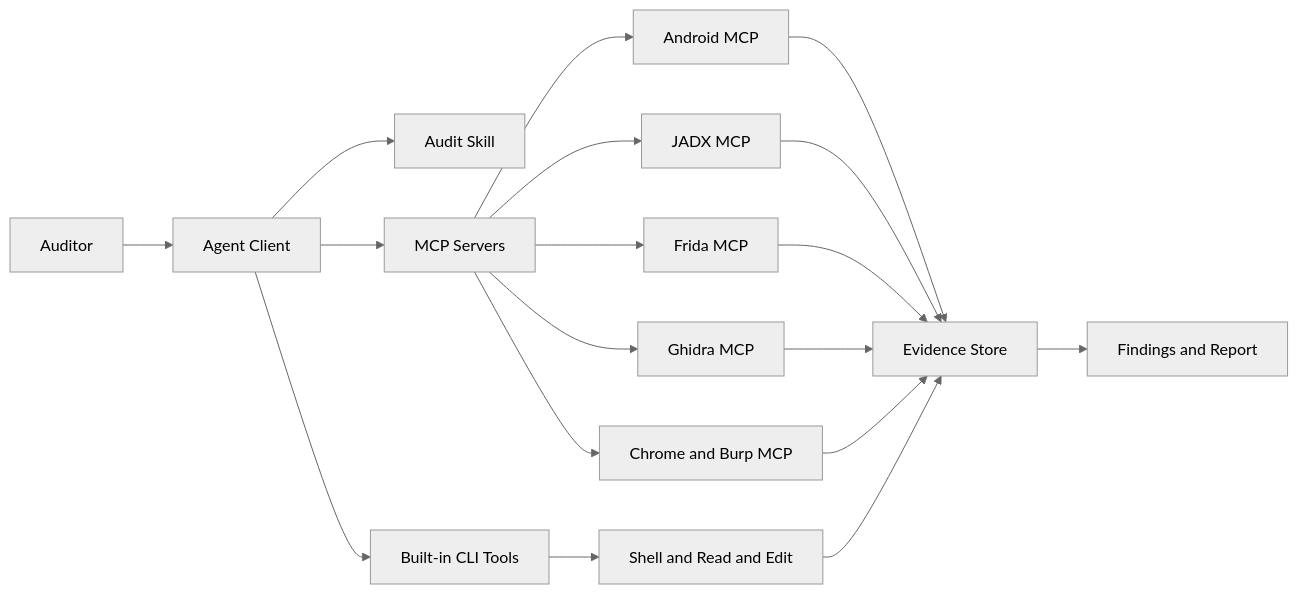
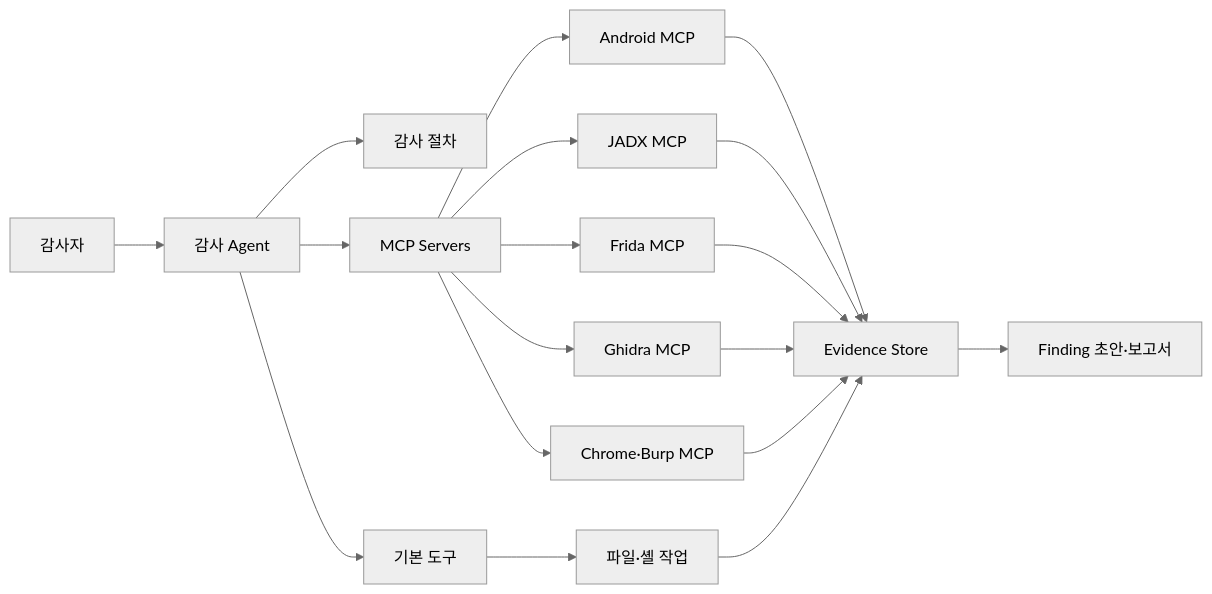
Before and after one commit to koalav/present-anyything: the diagram in decks/mobile-audit-mcp-windows/pages/04_architecture.md, drawn with Mermaid (neutral theme). The commit also changed 1653 other files, not shown here.

````diff
--- a/decks/mobile-audit-mcp-windows/pages/04_architecture.md
+++ b/decks/mobile-audit-mcp-windows/pages/04_architecture.md
@@ -13,20 +13,20 @@
 ```mermaid
 flowchart LR
-    U[Auditor] --> H[Agent Client]
-    H --> SK[Audit Skill]
+    U[감사자] --> H[감사 Agent]
+    H --> SK[감사 절차]
     H --> MC[MCP Servers]
-    H --> BI[Built-in CLI Tools]
+    H --> BI[기본 도구]
     MC --> A[Android MCP]
     MC --> J[JADX MCP]
     MC --> F[Frida MCP]
     MC --> G[Ghidra MCP]
-    MC --> W[Chrome and Burp MCP]
-    BI --> S[Shell and Read and Edit]
+    MC --> W[Chrome·Burp MCP]
+    BI --> S[파일·셸 작업]
     A --> E[Evidence Store]
     J --> E
     F --> E
     G --> E
     W --> E
     S --> E
-    E --> R[Findings and Report]
+    E --> R[Finding 초안·보고서]
 ```
````
